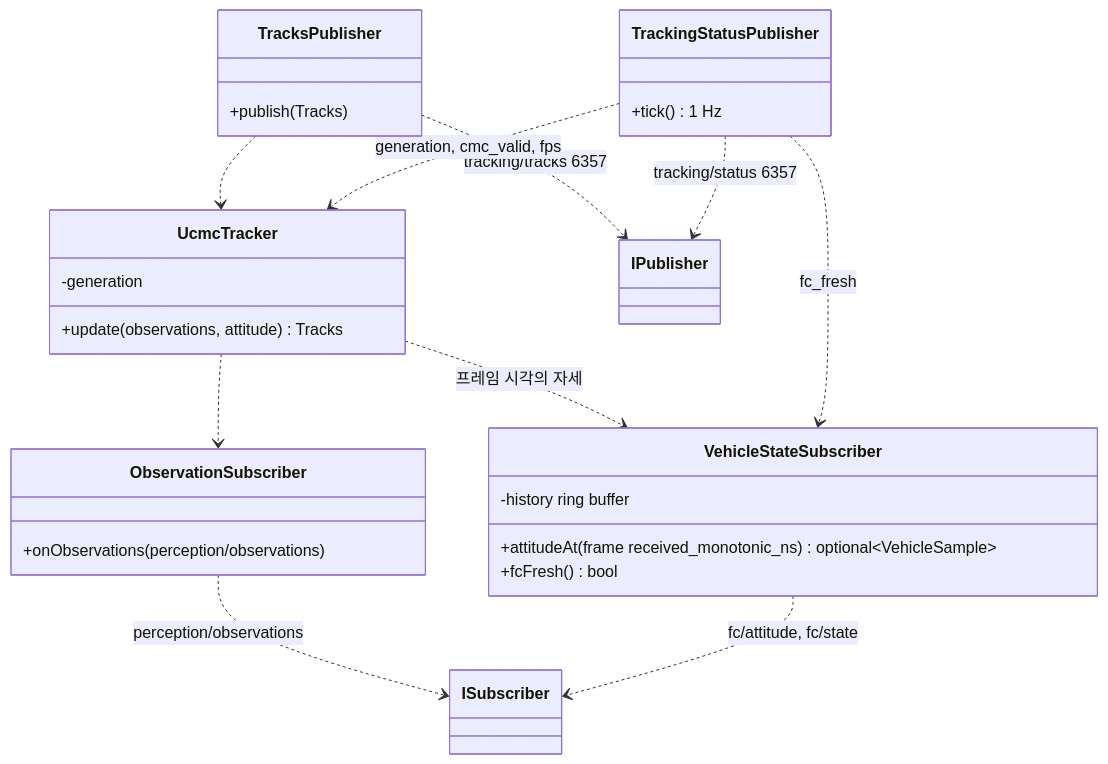
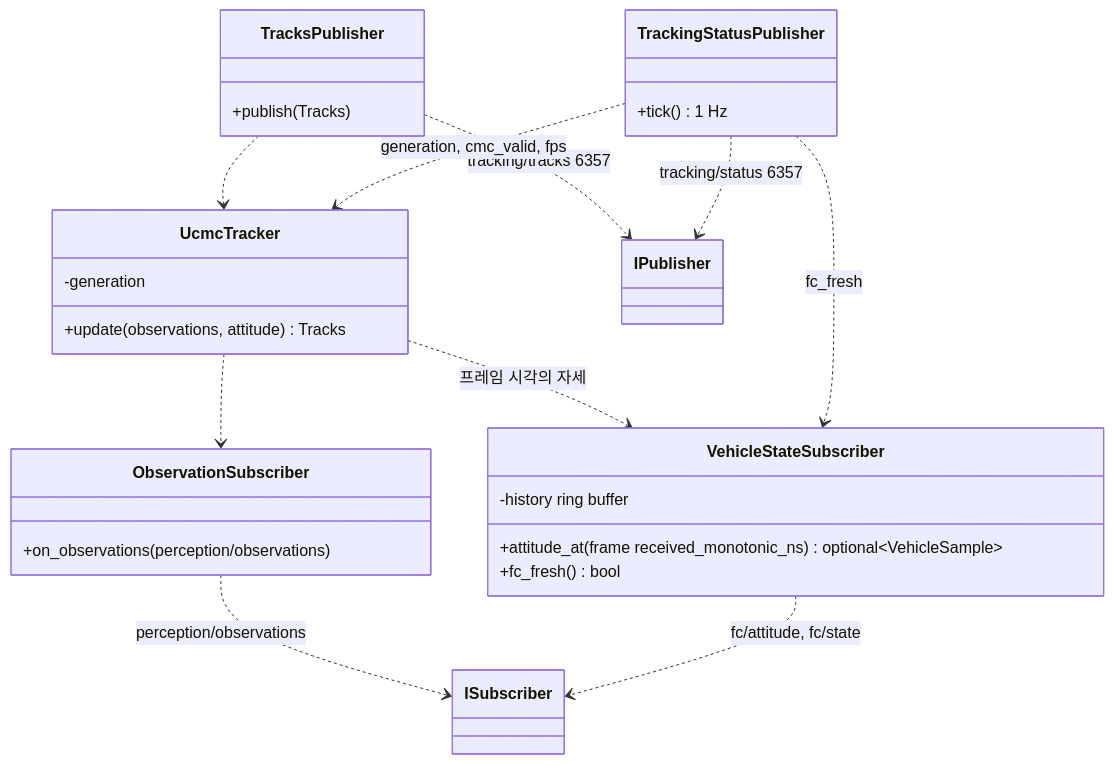
One commit to lig-argus/argus-edge-vision changed the diagram in docs/design/uml/class_tracker.md. Above: the diagram before and after it, drawn with Mermaid. The commit also changed other lines of this file and 3 other files, not shown here.

First line of the commit message:
docs: UML C++ 메서드 이름을 snake_case 로, vehicle_api 값 타입 반영

````diff
--- a/docs/design/uml/class_tracker.md
+++ b/docs/design/uml/class_tracker.md
@@ -9,30 +9,30 @@
 ```mermaid
 classDiagram
     class ObservationSubscriber {
-        +onObservations(perception/observations)
+        +on_observations(perception/observations)
     }
     class VehicleStateSubscriber {
         -history ring buffer
-        +attitudeAt(frame received_monotonic_ns) optional~VehicleSample~
-        +fcFresh() bool
+        +attitude_at(frame received_monotonic_ns) optional~VehicleSample~
+        +fc_fresh() bool
     }
     class UcmcTracker {
         -generation
         +update(observations, attitude) Tracks
     }
     class TracksPublisher {
         +publish(Tracks)
     }
     class TrackingStatusPublisher {
         +tick() 1 Hz
     }
     ObservationSubscriber ..> ISubscriber : perception/observations
     VehicleStateSubscriber ..> ISubscriber : fc/attitude, fc/state
     UcmcTracker ..> ObservationSubscriber
     UcmcTracker ..> VehicleStateSubscriber : 프레임 시각의 자세
     TracksPublisher ..> UcmcTracker
     TracksPublisher ..> IPublisher : tracking/tracks 6357
     TrackingStatusPublisher ..> UcmcTracker : generation, cmc_valid, fps
     TrackingStatusPublisher ..> VehicleStateSubscriber : fc_fresh
     TrackingStatusPublisher ..> IPublisher : tracking/status 6357
 ```
````
